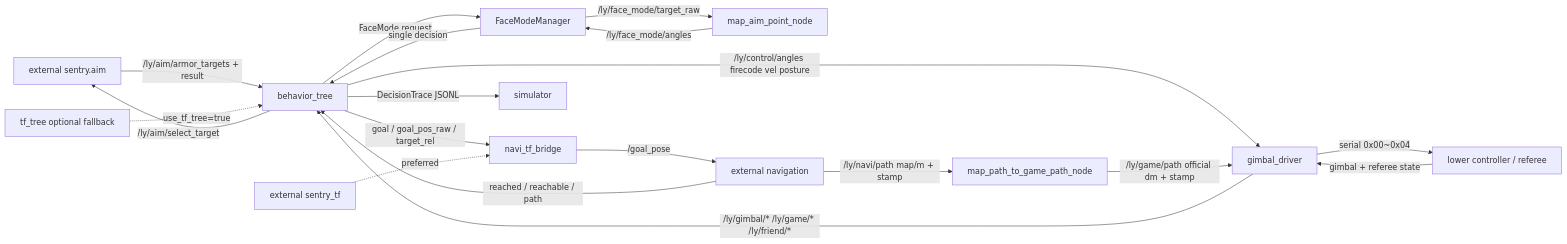
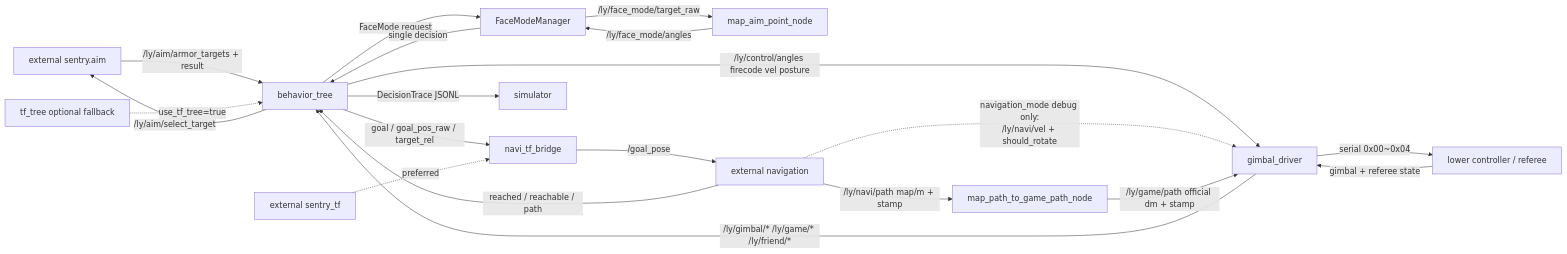
The diagram in .understand-anything/project-knowledge-graph.md (UnWanHin/ros2_ly_ws_sentary), drawn with Mermaid before and after one commit. The commit also changed other lines of this file and 8 other files, not shown here.

````diff
--- a/.understand-anything/project-knowledge-graph.md
+++ b/.understand-anything/project-knowledge-graph.md
@@ -18,23 +18,24 @@
 ```mermaid
 flowchart LR
   AIM[external sentry.aim] -->|/ly/aim/armor_targets + result| BT[behavior_tree]
   BT -->|/ly/aim/select_target| AIM
   BT -->|/ly/control/angles firecode vel posture| GD[gimbal_driver]
   GD -->|serial 0x00~0x04| LOWER[lower controller / referee]
   LOWER -->|gimbal + referee state| GD
   GD -->|/ly/gimbal/* /ly/game/* /ly/friend/*| BT
 
   BT -->|goal / goal_pos_raw / target_rel| BRIDGE[navi_tf_bridge]
   BT -->|FaceMode request| FACE[FaceModeManager]
   FACE -->|/ly/face_mode/target_raw| FACE_SOLVER[map_aim_point_node]
   FACE_SOLVER -->|/ly/face_mode/angles| FACE
   FACE -->|single decision| BT
   BRIDGE -->|/goal_pose| NAV[external navigation]
   NAV -->|reached / reachable / path| BT
+  NAV -.navigation_mode debug only:\n/ly/navi/vel + should_rotate.-> GD
   NAV -->|/ly/navi/path map/m + stamp| PATH[map_path_to_game_path_node]
   PATH -->|/ly/game/path official dm + stamp| GD
 
   TF[external sentry_tf] -.preferred.-> BRIDGE
   TFTREE[tf_tree optional fallback] -.use_tf_tree=true.-> BT
   BT -->|DecisionTrace JSONL| SIM[simulator]
 ```
````
